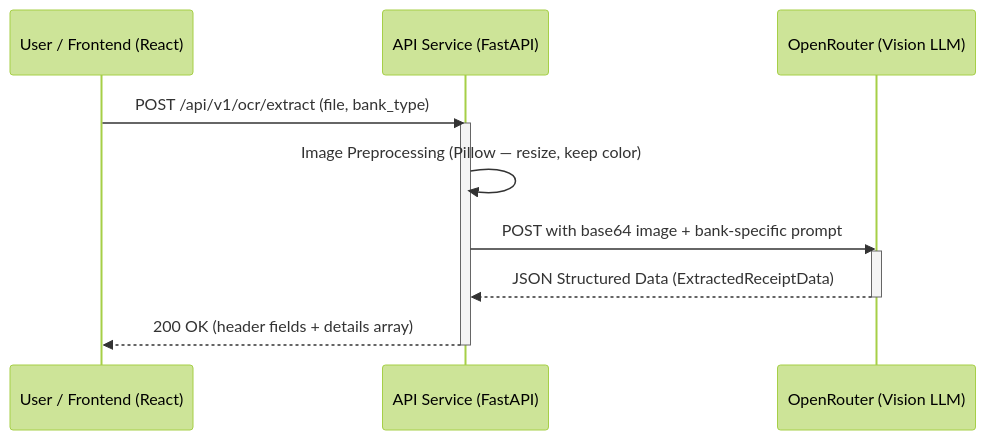
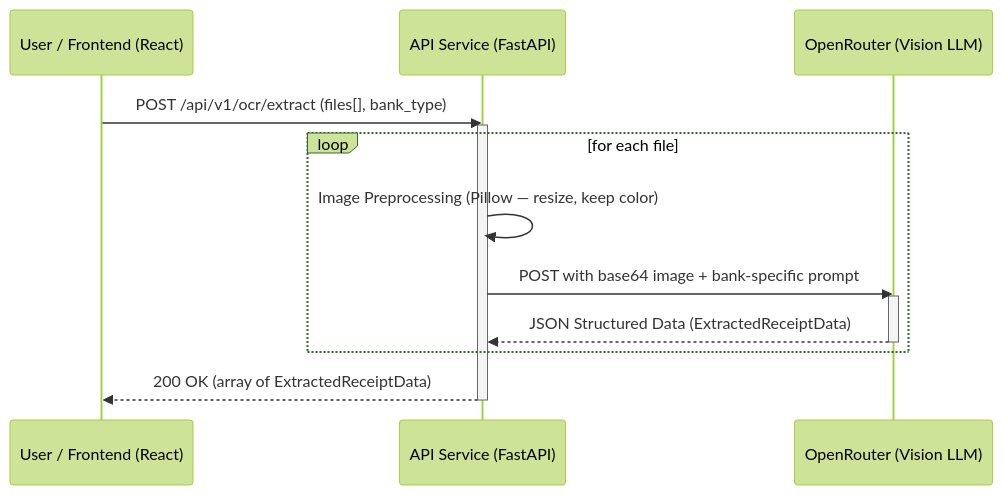
One commit to SupportCarmen/OCR changed the third of 7 diagrams in docs/Software_Requirements_Specification.md. Above: the diagram before and after it, drawn with Mermaid (forest theme). The commit also changed other lines of this file and 7 other files, not shown here.

````diff
--- a/docs/Software_Requirements_Specification.md
+++ b/docs/Software_Requirements_Specification.md
@@ -131,16 +132,18 @@
 ```mermaid
 sequenceDiagram
     participant User as User / Frontend (React)
     participant API as API Service (FastAPI)
     participant LLM as OpenRouter (Vision LLM)
 
-    User->>API: POST /api/v1/ocr/extract (file, bank_type)
+    User->>API: POST /api/v1/ocr/extract (files[], bank_type)
     activate API
-    API->>API: Image Preprocessing (Pillow — resize, keep color)
-    API->>LLM: POST with base64 image + bank-specific prompt
-    activate LLM
-    LLM-->>API: JSON Structured Data (ExtractedReceiptData)
-    deactivate LLM
-    API-->>User: 200 OK (header fields + details array)
+    loop for each file
+        API->>API: Image Preprocessing (Pillow — resize, keep color)
+        API->>LLM: POST with base64 image + bank-specific prompt
+        activate LLM
+        LLM-->>API: JSON Structured Data (ExtractedReceiptData)
+        deactivate LLM
+    end
+    API-->>User: 200 OK (array of ExtractedReceiptData)
     deactivate API
 ```
````
